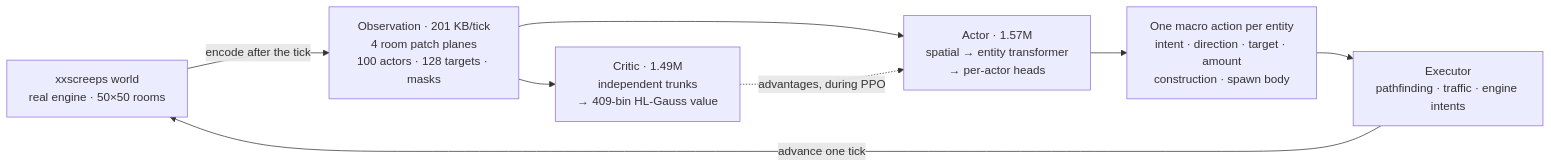
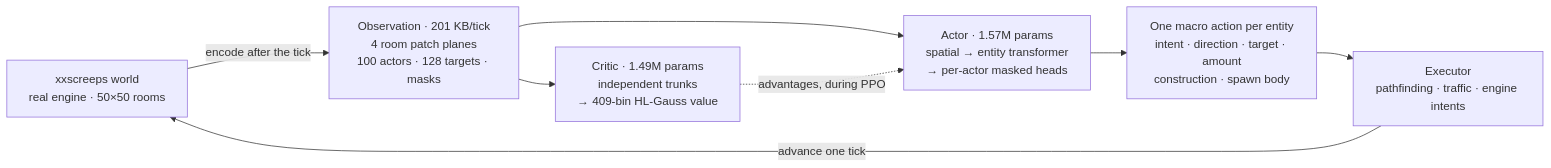
The first of 2 diagrams in samples/rl/README.md (CarsonBurke/xxscreeps), drawn with Mermaid before and after one commit. The commit also changed other lines of this file and 5 other files, not shown here.

````diff
--- a/samples/rl/README.md
+++ b/samples/rl/README.md
@@ -103,17 +44,16 @@
 ```mermaid
 flowchart LR
     W["xxscreeps world<br/>real engine · 50×50 rooms"]
     O["Observation · 201 KB/tick<br/>4 room patch planes<br/>100 actors · 128 targets · masks"]
-    AC["Actor · 1.57M<br/>spatial → entity transformer<br/>→ per-actor heads"]
-    CR["Critic · 1.49M<br/>independent trunks<br/>→ 409-bin HL-Gauss value"]
+    AC["Actor · 1.57M params<br/>spatial → entity transformer<br/>→ per-actor masked heads"]
+    CR["Critic · 1.49M params<br/>independent trunks<br/>→ 409-bin HL-Gauss value"]
     A["One macro action per entity<br/>intent · direction · target · amount<br/>construction · spawn body"]
     X["Executor<br/>pathfinding · traffic · engine intents"]
-
     W -->|encode after the tick| O
     O --> AC
     O --> CR
     AC --> A
     A --> X
     X -->|advance one tick| W
     CR -.->|advantages, during PPO| AC
 ```
````
